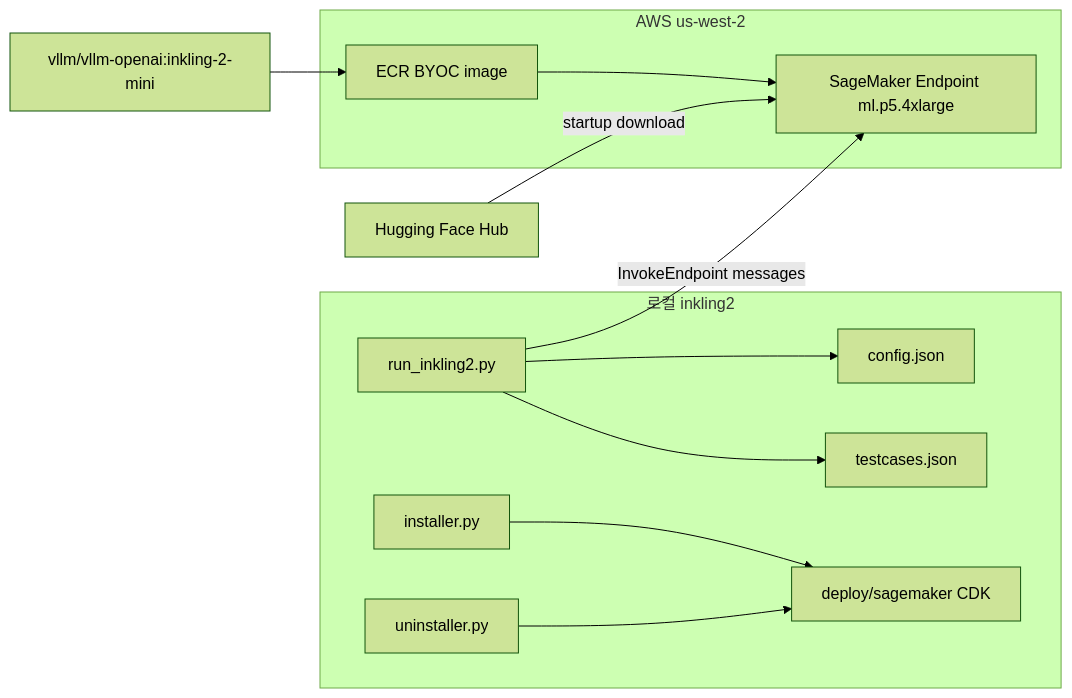
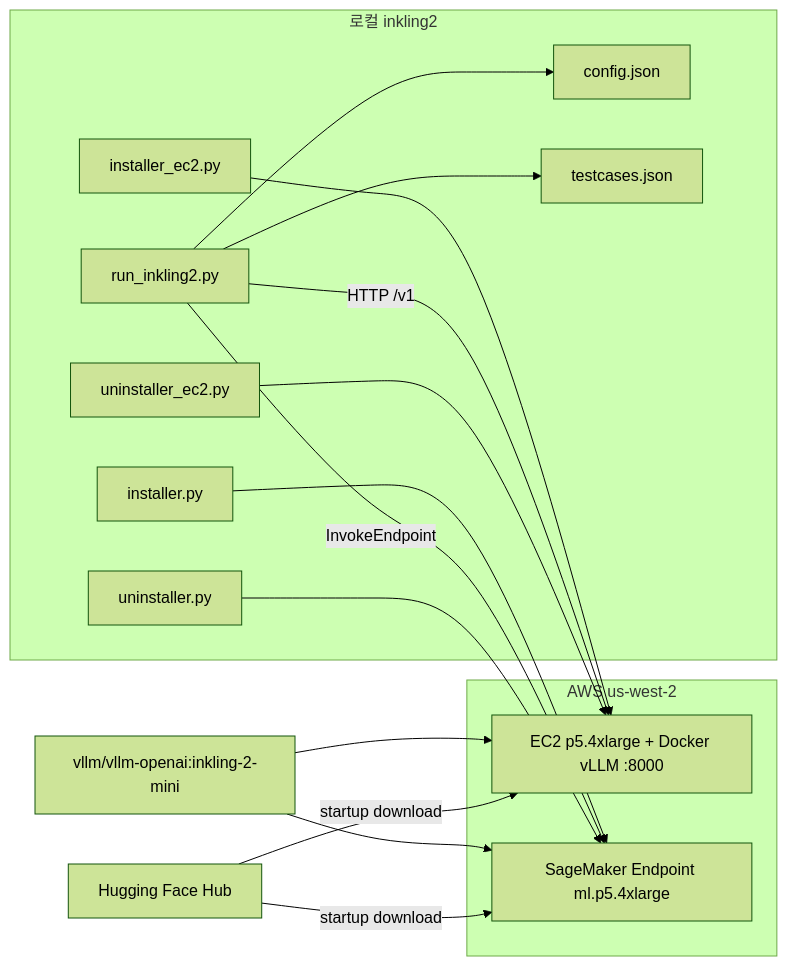
Before and after one commit to kyopark2014/inkling2: the diagram in README.md, drawn with Mermaid (forest theme). The commit also changed other lines of this file and 13 other files, not shown here.

First line of the commit message:
Add EC2 vLLM deploy path as SageMaker capacity alternative.

````diff
--- a/README.md
+++ b/README.md
@@ -42,28 +42,33 @@
 ```mermaid
 flowchart LR
   subgraph Local["로컬 inkling2"]
-    INST["installer.py"]
+    INST_EC2["installer_ec2.py"]
+    INST_SM["installer.py"]
     RUN["run_inkling2.py"]
-    UN["uninstaller.py"]
+    UN_EC2["uninstaller_ec2.py"]
+    UN_SM["uninstaller.py"]
     CFG["config.json"]
     TC["testcases.json"]
-    CDK["deploy/sagemaker CDK"]
   end
 
   subgraph AWS["AWS us-west-2"]
-    ECR["ECR BYOC image"]
+    EC2["EC2 p5.4xlarge + Docker vLLM :8000"]
     SM["SageMaker Endpoint ml.p5.4xlarge"]
   end
 
   HF["Hugging Face Hub"]
   IMG["vllm/vllm-openai:inkling-2-mini"]
 
-  INST --> CDK
-  IMG --> ECR
-  ECR --> SM
+  INST_EC2 --> EC2
+  INST_SM --> SM
+  IMG --> EC2
+  IMG --> SM
+  HF -->|"startup download"| EC2
   HF -->|"startup download"| SM
   RUN --> CFG
   RUN --> TC
-  RUN -->|"InvokeEndpoint messages"| SM
-  UN --> CDK
+  RUN -->|"HTTP /v1"| EC2
+  RUN -->|"InvokeEndpoint"| SM
+  UN_EC2 --> EC2
+  UN_SM --> SM
 ```
````
